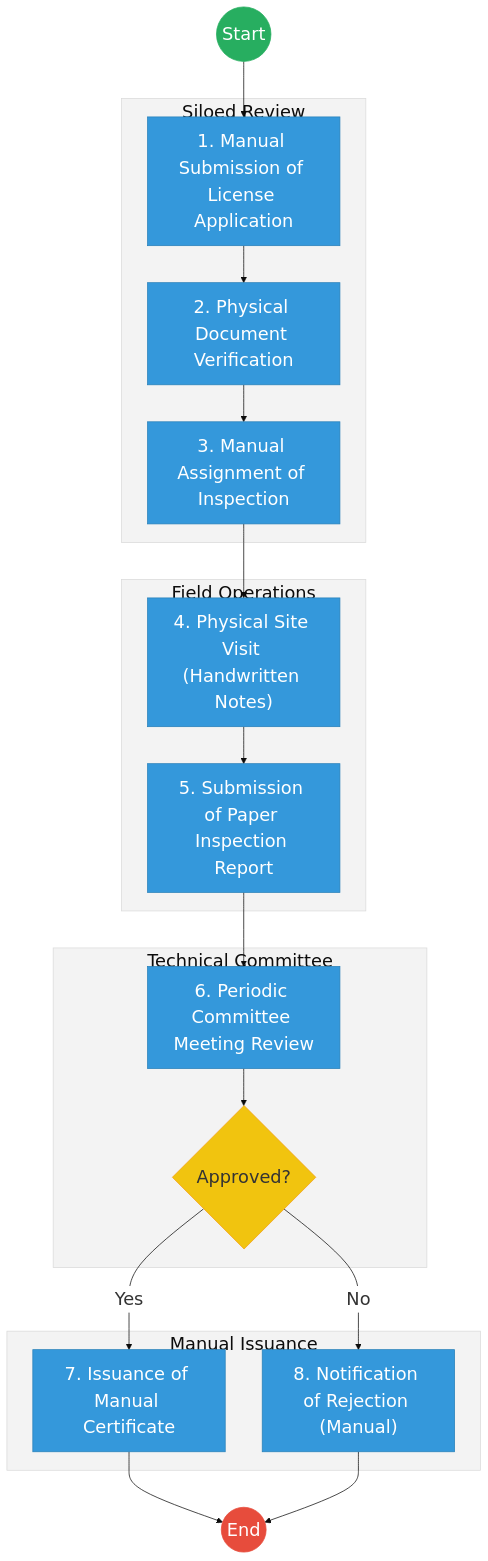
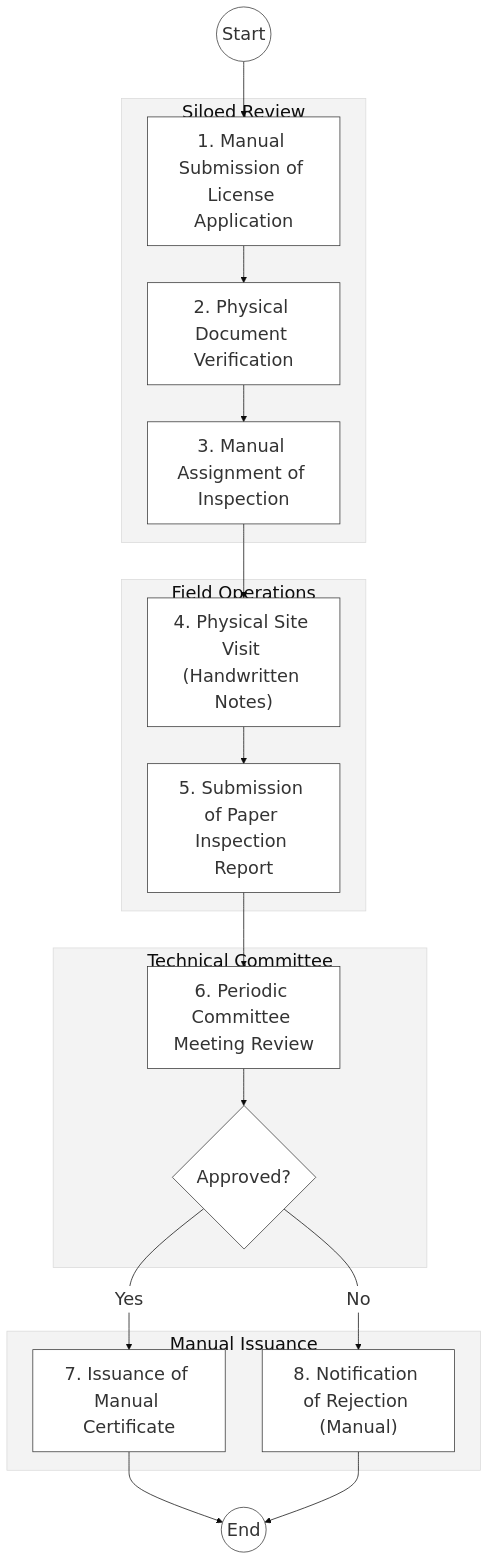
The first of 2 diagrams in mdas/docs_final/priority_mdas/State_Department_for_Livestock_Development___Service_Delivery.md (BITZ-IT-Consulting-LTD/ictapoc), drawn with Mermaid before and after one commit. The commit also changed other lines of this file and 37 other files, not shown here.

````diff
--- a/mdas/docs_final/priority_mdas/State_Department_for_Livestock_Development___Service_Delivery.md
+++ b/mdas/docs_final/priority_mdas/State_Department_for_Livestock_Development___Service_Delivery.md
@@ -17,38 +77,28 @@
 ```mermaid
 %%{init: { 'theme': 'base', 'themeVariables': { 'fontSize': '24px', 'fontFamily': 'Inter, system-ui, sans-serif', 'primaryColor': '#ffffff', 'edgeLabelBackground':'#ffffff', 'tertiaryColor': '#f3f3f3', 'mainBkg': '#ffffff', 'nodeBorder': '#333333' } } }%%
 flowchart TD
     Start((Start)) --> Apply["1. Manual Submission of License Application"]
     
     subgraph Review_Layer["Siloed Review"]
         Apply --> DocCheck["2. Physical Document Verification"]
         DocCheck --> Assign["3. Manual Assignment of Inspection"]
     end
 
     subgraph Field_Ops["Field Operations"]
         Assign --> SiteInsp["4. Physical Site Visit (Handwritten Notes)"]
         SiteInsp --> Report["5. Submission of Paper Inspection Report"]
     end
 
     subgraph Approval["Technical Committee"]
         Report --> CommReview["6. Periodic Committee Meeting Review"]
         CommReview --> ApprGap{"Approved?"}
     end
 
     subgraph Issuance["Manual Issuance"]
         ApprGap -- "Yes" --> Issue["7. Issuance of Manual Certificate"]
         ApprGap -- "No" --> Notify["8. Notification of Rejection (Manual)"]
     end
 
     Issue --> End((End))
     Notify --> End
-
-    classDef start fill:#27ae60,stroke:#27ae60,color:#fff,font-size:24px;;
-    classDef endNode fill:#e74c3c,stroke:#e74c3c,color:#fff,font-size:24px;;
-    classDef userTask fill:#3498db,stroke:#2980b9,color:#fff,font-size:24px;;
-    classDef gateway fill:#f1c40f,stroke:#f39c12,color:#333,font-size:24px;;
-    
-    class Start start;
-    class End endNode;
-    class ApprGap gateway;
-    class Apply,DocCheck,Assign,SiteInsp,Report,CommReview,Issue,Notify userTask;
 ```
````
